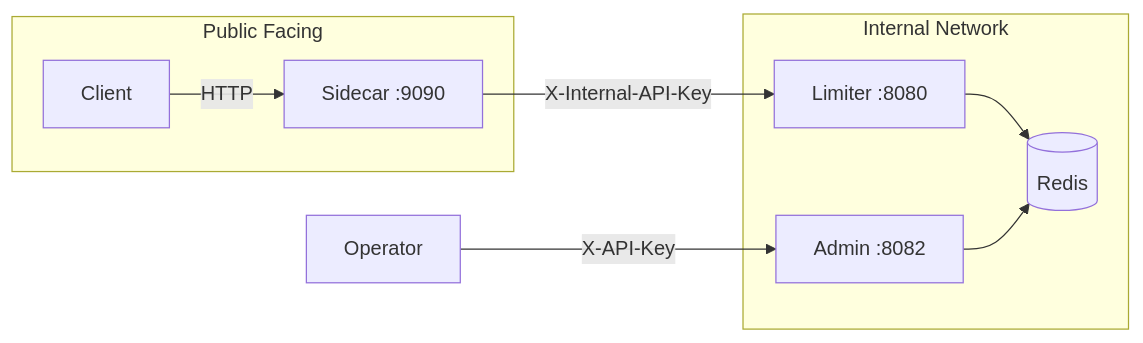
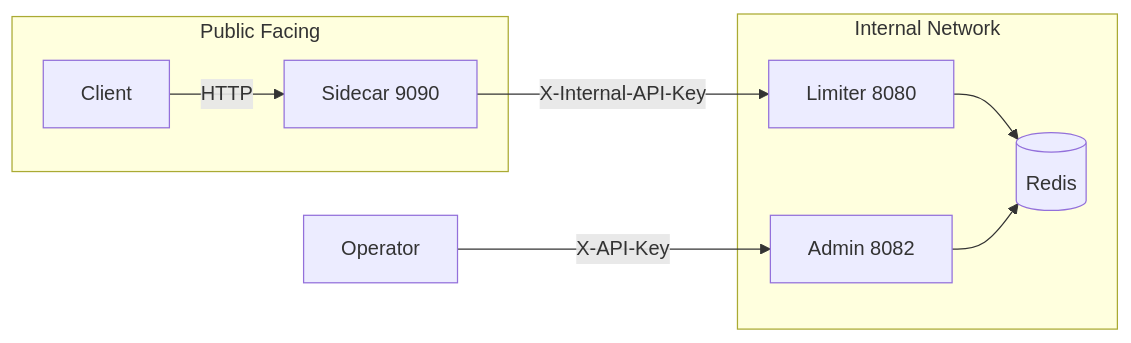
Before and after one commit to RUDRA-PRATAP-SINGH01/Distributed-rate-limiter: diagram 19 of 22 in README.md, drawn with Mermaid. The commit also changed other lines of this file and 35 other files, not shown here.

Commit message:
updated the docs diagrams

````diff
--- a/README.md
+++ b/README.md
@@ -1163,19 +1166,19 @@
 ```mermaid
 flowchart LR
     subgraph public [Public Facing]
         CLIENT[Client]
-        SIDECAR[Sidecar :9090]
+        SIDECAR["Sidecar 9090"]
     end
 
     subgraph internal [Internal Network]
-        LIMITER[Limiter :8080]
-        ADMIN[Admin :8082]
+        LIMITER["Limiter 8080"]
+        ADMIN["Admin 8082"]
         REDIS[(Redis)]
     end
 
     CLIENT -->|HTTP| SIDECAR
     SIDECAR -->|X-Internal-API-Key| LIMITER
     OP[Operator] -->|X-API-Key| ADMIN
     LIMITER --> REDIS
     ADMIN --> REDIS
 ```
````
